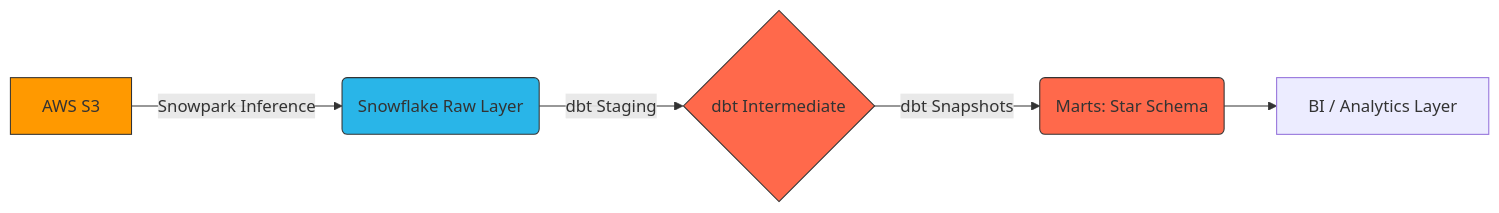
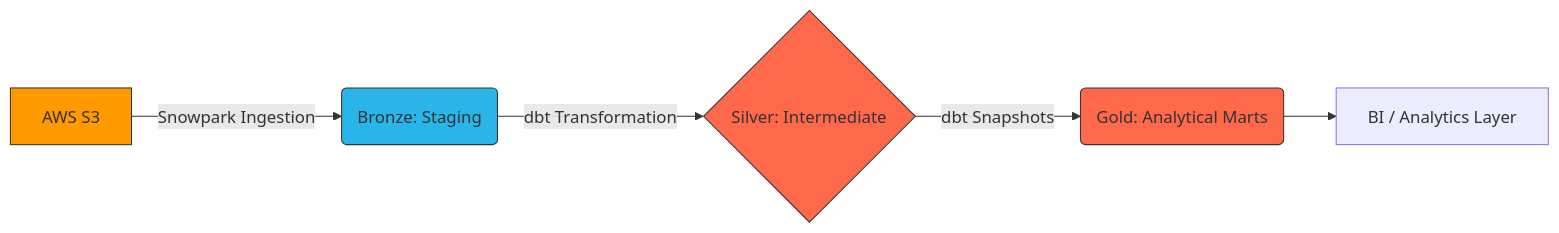
Before and after one commit to hsg09/AWS_DBT_Snowflake: the diagram in README.md, drawn with Mermaid. The commit also changed other lines of this file and 16 other files, not shown here.

Commit message:
docs: upgrade to enterprise documentation system with canonical structure and technical flow narrative

````diff
--- a/README.md
+++ b/README.md
@@ -27,12 +19,12 @@
 ```mermaid
 graph LR
-    A[AWS S3] -->|Snowpark Inference| B(Snowflake Raw Layer)
-    B -->|dbt Staging| C{dbt Intermediate}
-    C -->|dbt Snapshots| D(Marts: Star Schema)
+    A[AWS S3] -->|Snowpark Ingestion| B(Bronze: Staging)
+    B -->|dbt Transformation| C{Silver: Intermediate}
+    C -->|dbt Snapshots| D(Gold: Analytical Marts)
     D --> E[BI / Analytics Layer]
     
     style A fill:#ff9900,stroke:#333
     style B fill:#29b5e8,stroke:#333
     style C fill:#ff694b,stroke:#333
     style D fill:#ff694b,stroke:#333
 ```
````
